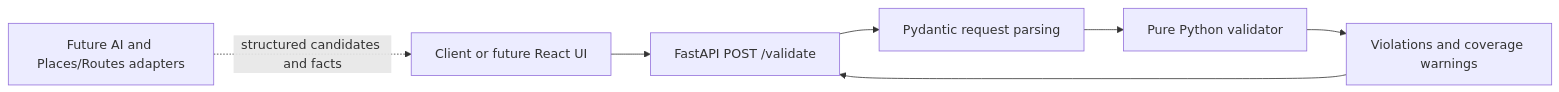
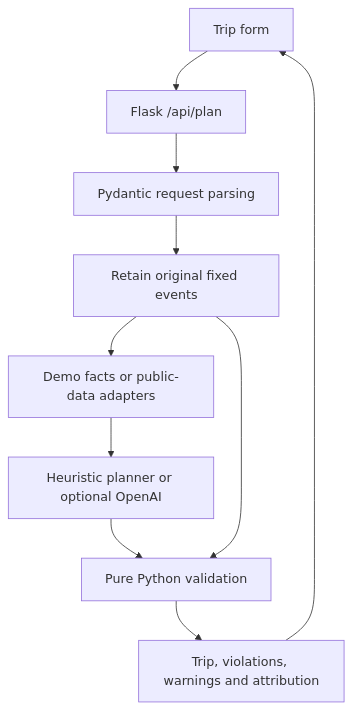
The diagram in docs/architecture.md (Forevermyhero/cs222-project), drawn with Mermaid before and after one commit. The commit also changed other lines of this file and 38 other files, not shown here.

````diff
--- a/docs/architecture.md
+++ b/docs/architecture.md
@@ -14,9 +9,12 @@
 ```mermaid
-flowchart LR
-    Client[Client or future React UI] --> API[FastAPI POST /validate]
-    API --> Models[Pydantic request parsing]
-    Models --> Rules[Pure Python validator]
-    Rules --> Result[Violations and coverage warnings]
-    Result --> API
-    Future[Future AI and Places/Routes adapters] -. structured candidates and facts .-> Client
+flowchart TD
+    User[Trip form] --> API[Flask /api/plan]
+    API --> Input[Pydantic request parsing]
+    Input --> Baseline[Retain original fixed events]
+    Baseline --> Data[Demo facts or public-data adapters]
+    Data --> Planner[Heuristic planner or optional OpenAI]
+    Planner --> Validator[Pure Python validation]
+    Baseline --> Validator
+    Validator --> Result[Trip, violations, warnings and attribution]
+    Result --> User
 ```
````
